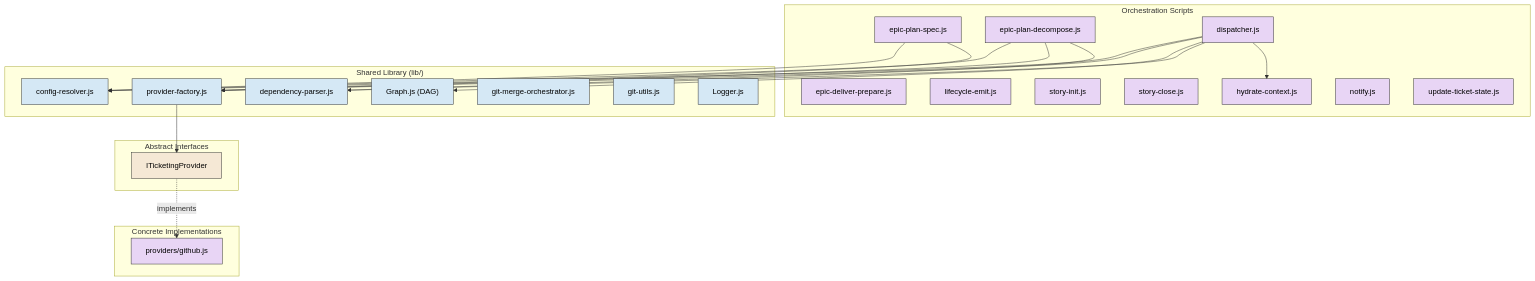
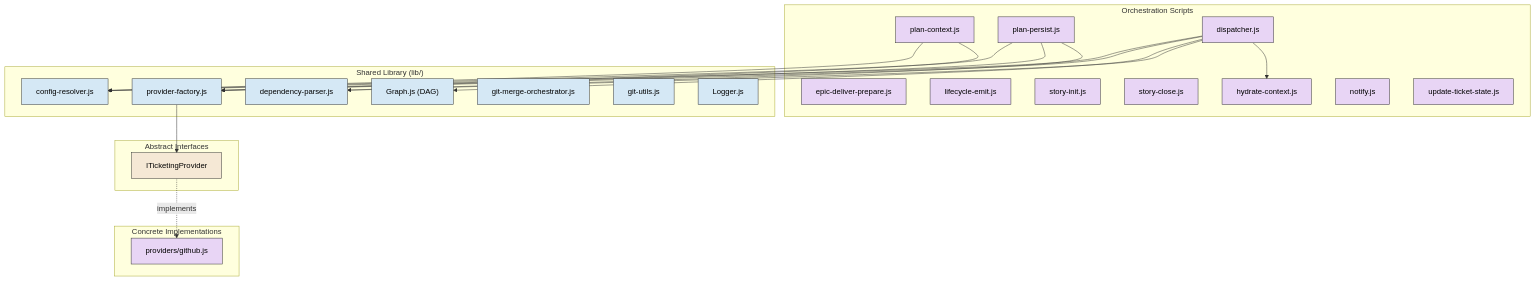
The third of 7 diagrams in docs/architecture.md (dsj1984/mandrel), drawn with Mermaid before and after one commit. The commit also changed other lines of this file and 60 other files, not shown here.

First line of the commit message:
feat(plan): retire the 12-phase delegates — plan pipeline is context → author → persist (refs #4474) (#4494)

````diff
--- a/docs/architecture.md
+++ b/docs/architecture.md
@@ -181,44 +181,44 @@
 ```mermaid
 graph TB
     classDef script fill:#e8d5f5,stroke:#333,color:#000
     classDef lib fill:#d5e8f5,stroke:#333,color:#000
     classDef iface fill:#f5e8d5,stroke:#333,color:#000
 
     subgraph Scripts ["Orchestration Scripts"]
-        EP["epic-plan-spec.js"]:::script
-        TD["epic-plan-decompose.js"]:::script
+        EP["plan-context.js"]:::script
+        TD["plan-persist.js"]:::script
         DI["dispatcher.js"]:::script
         EDP["epic-deliver-prepare.js"]:::script
         LE["lifecycle-emit.js"]:::script
         SI["story-init.js"]:::script
         SC["story-close.js"]:::script
         CH["hydrate-context.js"]:::script
         NO["notify.js"]:::script
         UTS["update-ticket-state.js"]:::script
     end
 
     subgraph Lib ["Shared Library (lib/)"]
         CR["config-resolver.js"]:::lib
         PF["provider-factory.js"]:::lib
         GH["Graph.js (DAG)"]:::lib
         DP["dependency-parser.js"]:::lib
         GMO["git-merge-orchestrator.js"]:::lib
         GU["git-utils.js"]:::lib
         LG["Logger.js"]:::lib
     end
 
     subgraph Interfaces ["Abstract Interfaces"]
         ITP["ITicketingProvider"]:::iface
     end
 
     subgraph Implementations ["Concrete Implementations"]
         GHP["providers/github.js"]:::script
     end
 
     DI --> CR & PF & GH & DP & CH
     EP --> CR & PF
     TD --> CR & PF & DP
 
     PF --> ITP
     ITP -.->|"implements"| GHP
 ```
````
